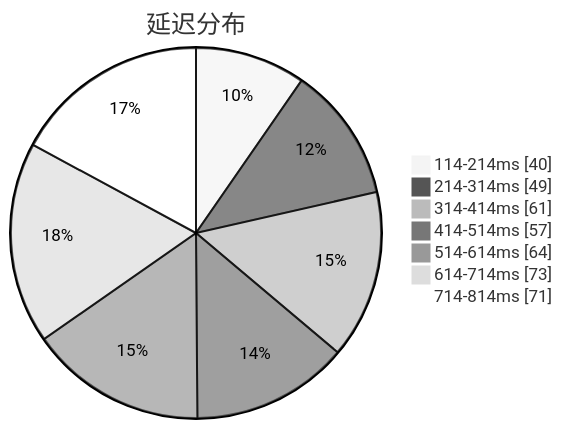
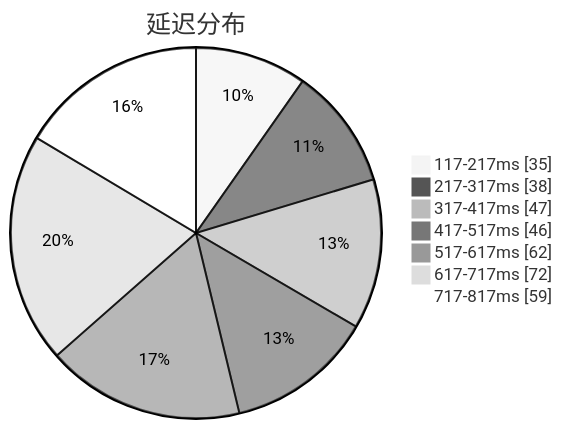
The first of 3 diagrams in subs/statistics/tested_within.md (sinspired/airport), drawn with Mermaid (neutral theme) before and after one commit. The commit also changed other lines of this file and 2 other files, not shown here.

````diff
--- a/subs/statistics/tested_within.md
+++ b/subs/statistics/tested_within.md
@@ -2,11 +2,11 @@
 ```mermaid
 pie showData
 title 延迟分布
-"114-214ms" : 40
-"214-314ms" : 49
-"314-414ms" : 61
-"414-514ms" : 57
-"514-614ms" : 64
-"614-714ms" : 73
-"714-814ms" : 71
+"117-217ms" : 35
+"217-317ms" : 38
+"317-417ms" : 47
+"417-517ms" : 46
+"517-617ms" : 62
+"617-717ms" : 72
+"717-817ms" : 59
 ```
````
